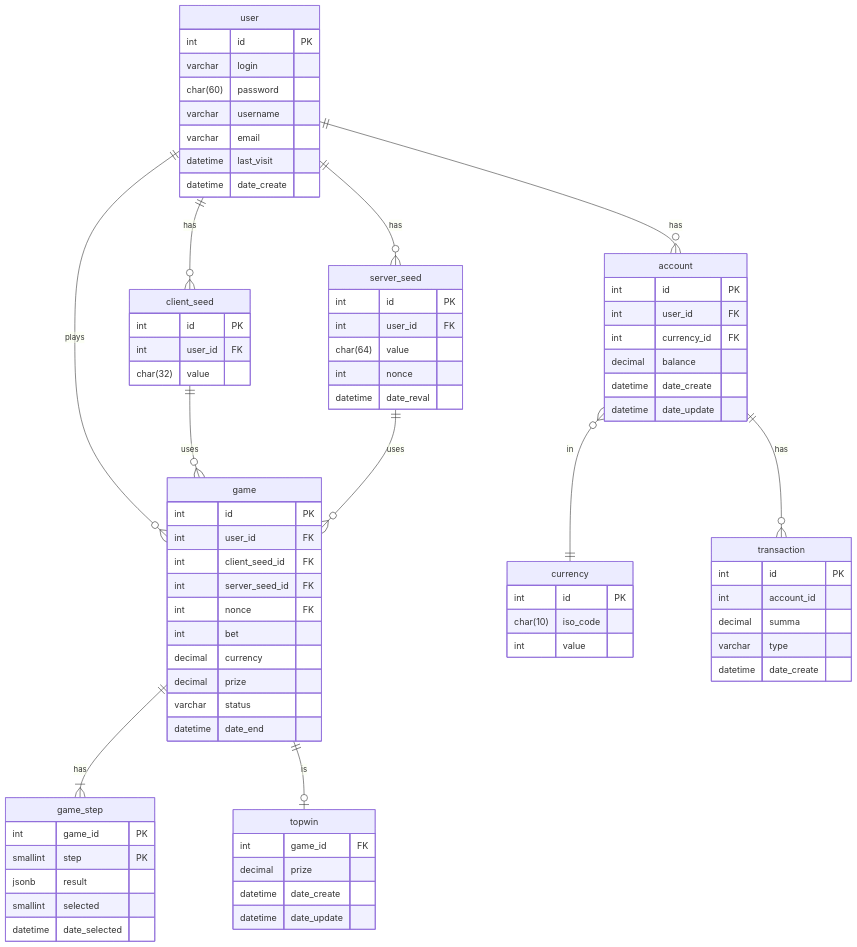
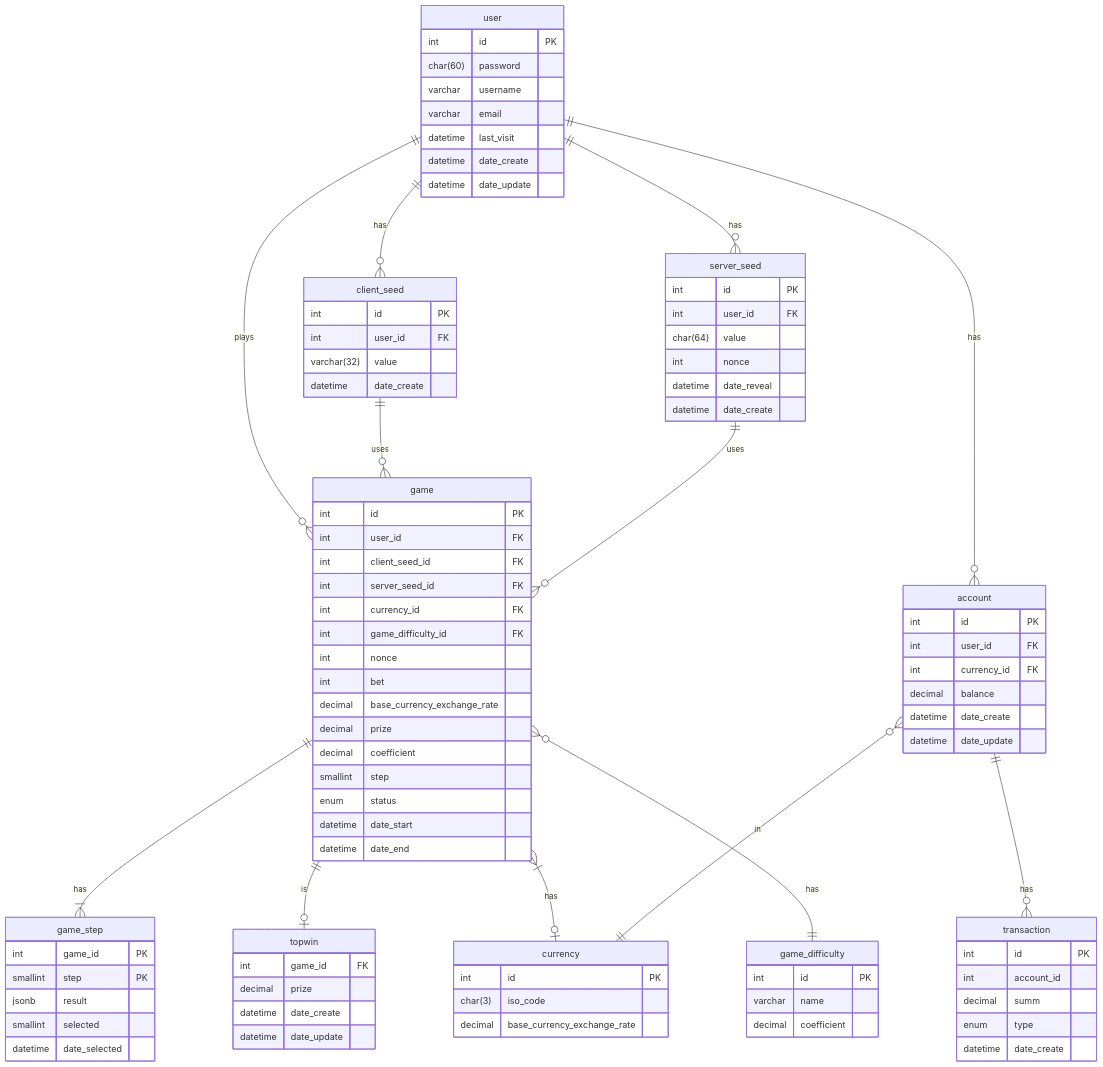
Before and after one commit to SultanovAziz/project-clone-of-BitKong: the second of 2 diagrams in README.md, drawn with Mermaid.

Commit message:
Update README.md
update table

````diff
--- a/README.md
+++ b/README.md
@@ -38,40 +38,49 @@
     client_seed ||--o{ game : uses
     server_seed ||--o{ game : uses
     game ||--o| topwin : is
+    game }|--o| currency : has
+    game }o--|| game_difficulty : has
     user ||--o{ account : has
     account }o--|| currency : in
     account ||--o{ transaction : has 
     user {
         int id PK
-        varchar login
         char(60) password
         varchar username
         varchar email
         datetime last_visit
         datetime date_create
+        datetime date_update
     }
     client_seed {
         int id PK
         int user_id FK
-        char(32) value
+        varchar(32) value
+        datetime date_create
     }
     server_seed {
         int id PK
         int user_id FK
         char(64) value
         int nonce
-        datetime date_reval
+        datetime date_reveal
+        datetime date_create
     }
     game {
         int id PK
         int user_id FK
         int client_seed_id FK
         int server_seed_id FK
-        int nonce FK
+        int currency_id FK
+        int game_difficulty_id FK
+        int nonce
         int bet
-        decimal currency
+        decimal base_currency_exchange_rate
         decimal prize
-        varchar status
+        decimal coefficient
+        smallint step
+        enum status
+        datetime date_start
         datetime date_end
     }
     game_step {
@@ -80,6 +89,11 @@
         jsonb result
         smallint selected
         datetime date_selected
+    }
+    game_difficulty {
+        int id PK
+        varchar name
+        decimal coefficient
     }
     topwin {
         int game_id FK
@@ -98,14 +112,14 @@
     }
     currency {
         int id PK
-        char(10) iso_code
-        int value
+        char(3) iso_code
+        decimal base_currency_exchange_rate
     }
     transaction {
         int id PK
         int account_id
-        decimal summa
-        varchar type
+        decimal summ
+        enum type
         datetime date_create
     }
 ```
````
